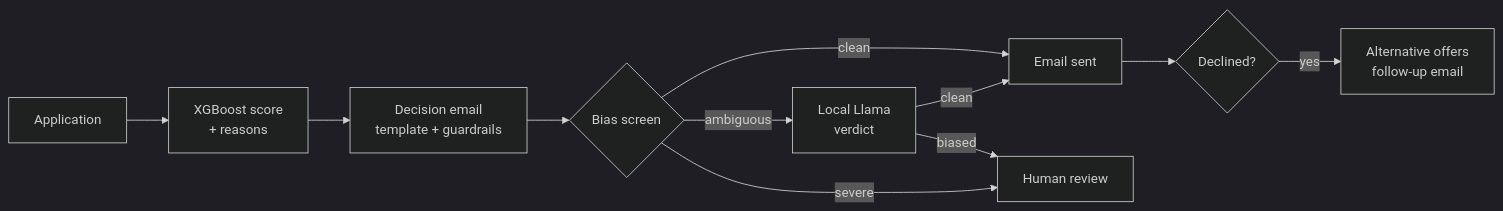
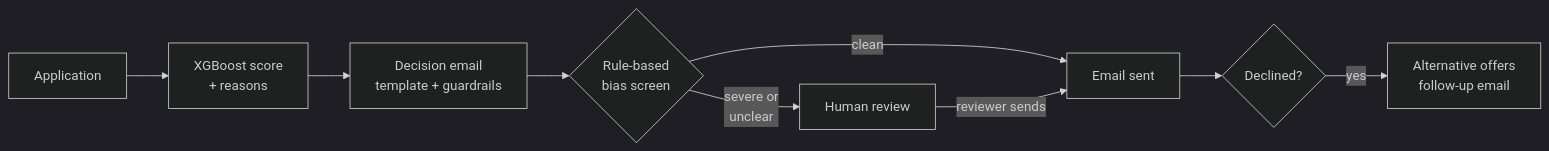
One commit to zeroyuekun/loan-approval-ai-system changed the diagram in README.md. Above: the diagram before and after it, drawn with Mermaid (dark theme). The commit also changed other lines of this file and 29 other files, not shown here.

First line of the commit message:
fix(bias): screen every denial; Groq as opt-in bias backend, tested end to end (#291)

````diff
--- a/README.md
+++ b/README.md
@@ -37,13 +54,11 @@
 ```mermaid
 flowchart LR
     A[Application] --> B[XGBoost score<br/>+ reasons]
     B --> C[Decision email<br/>template + guardrails]
-    C --> D{Bias screen}
+    C --> D{Rule-based<br/>bias screen}
     D -- clean --> E[Email sent]
-    D -- ambiguous --> F[Local Llama<br/>verdict]
-    F -- clean --> E
-    F -- biased --> G[Human review]
-    D -- severe --> G
+    D -- severe or<br/>unclear --> G[Human review]
+    G -- reviewer sends --> E
     E --> H{Declined?}
     H -- yes --> I[Alternative offers<br/>follow-up email]
 ```
````
